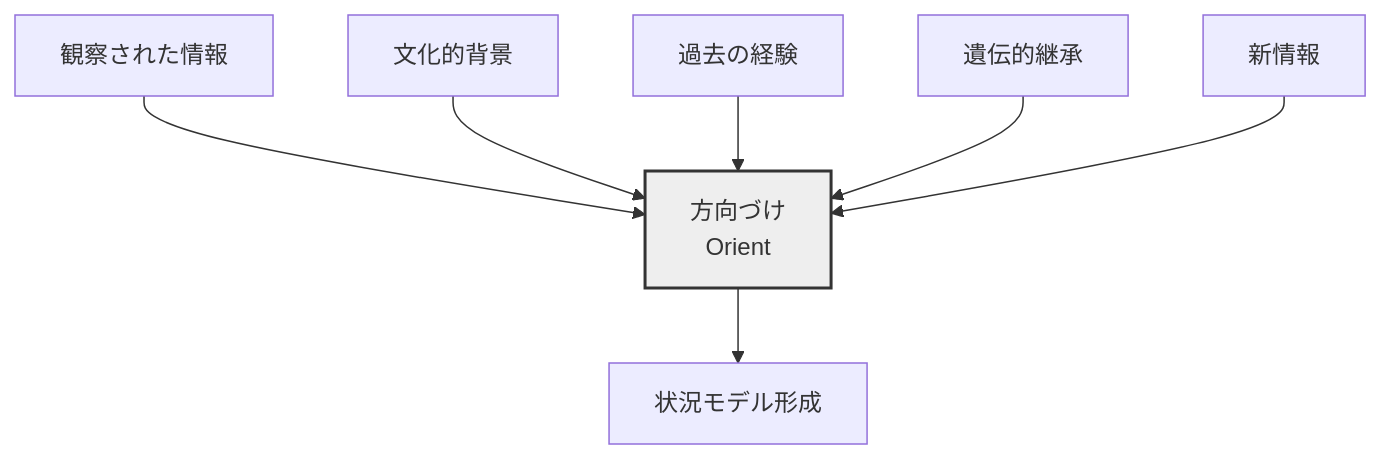
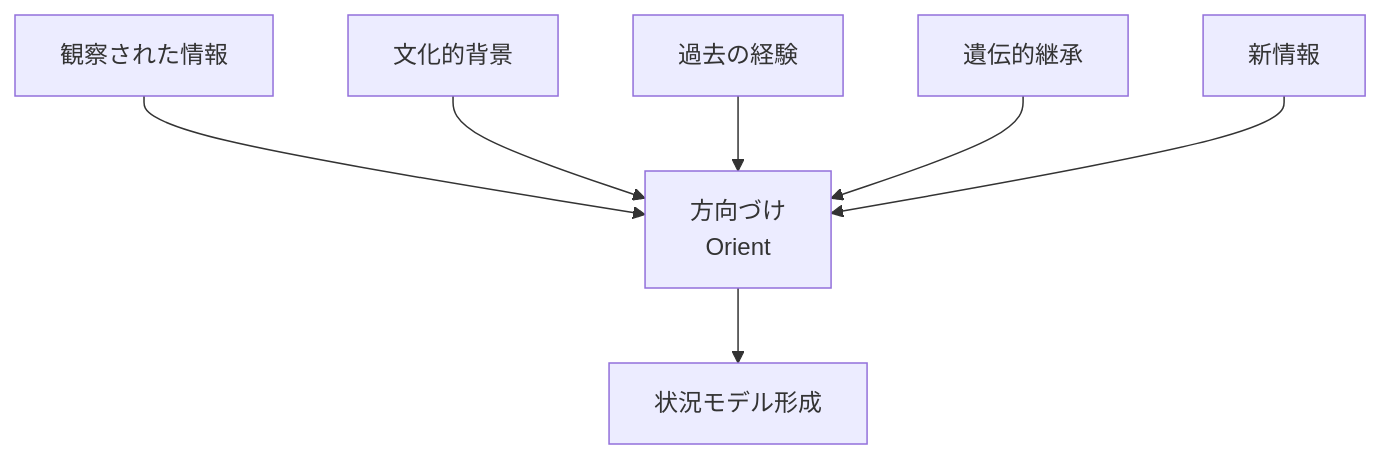
One commit to shuji-bonji/Situational-Awareness-and-Decision-Making changed the second of 3 diagrams in docs/basics/ooda-loop.md. Above: the diagram before and after it, drawn with Mermaid. The commit also changed other lines of this file and 49 other files, not shown here.

Commit message:
fix: ダークモードで見づらい図の色の変更

````diff
--- a/docs/basics/ooda-loop.md
+++ b/docs/basics/ooda-loop.md
@@ -55,12 +55,12 @@
 ```mermaid
 graph TD
     A[観察された情報] --> B[方向づけ<br>Orient]
     B --> C[状況モデル形成]
     
     D[文化的背景] --> B
     E[過去の経験] --> B
     F[遺伝的継承] --> B
     G[新情報] --> B
     
-    style B fill:#eeeeee,stroke:#333,stroke-width:2px
+
 ```
````
